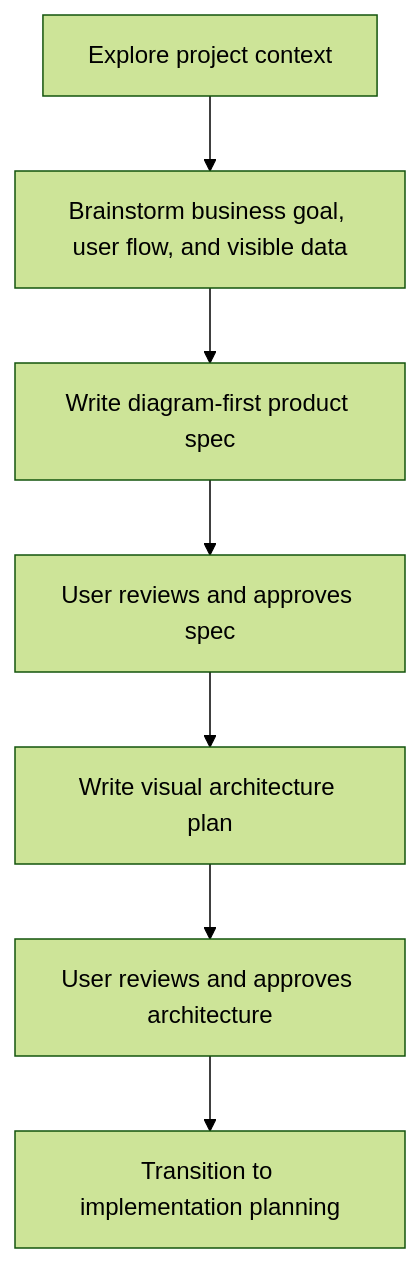
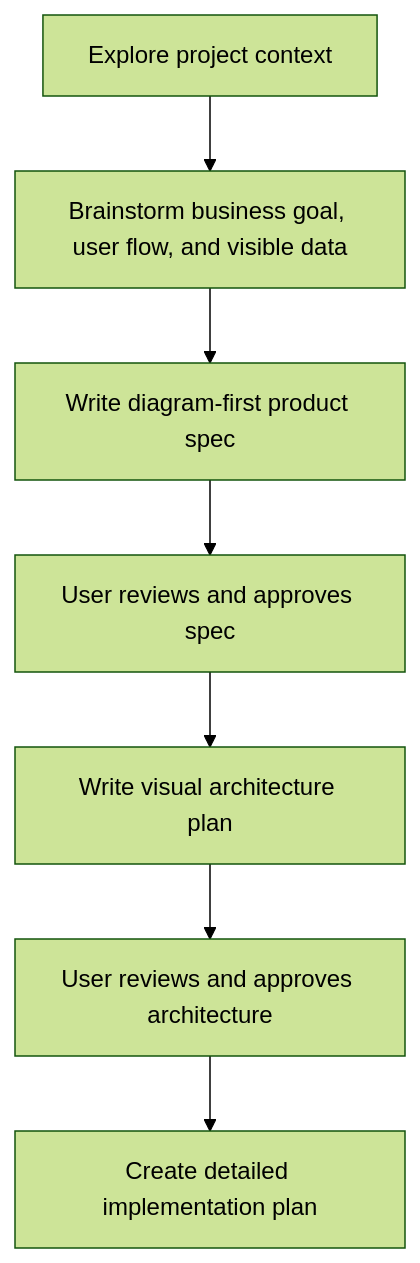
One commit to premiumfaber/skills-library changed the third of 6 diagrams in docs/superpowers/specs/2026-05-09-skills-marketplace-design.md. Above: the diagram before and after it, drawn with Mermaid (forest theme). The commit also changed other lines of this file and 1 other file, not shown here.

Commit message:
Clarify detailed implementation planning stage

````diff
--- a/docs/superpowers/specs/2026-05-09-skills-marketplace-design.md
+++ b/docs/superpowers/specs/2026-05-09-skills-marketplace-design.md
@@ -53,9 +53,9 @@
 ```mermaid
 flowchart TD
     A["Explore project context"] --> B["Brainstorm business goal, user flow, and visible data"]
     B --> C["Write diagram-first product spec"]
     C --> D["User reviews and approves spec"]
     D --> E["Write visual architecture plan"]
     E --> F["User reviews and approves architecture"]
-    F --> G["Transition to implementation planning"]
+    F --> G["Create detailed implementation plan"]
 ```
````
